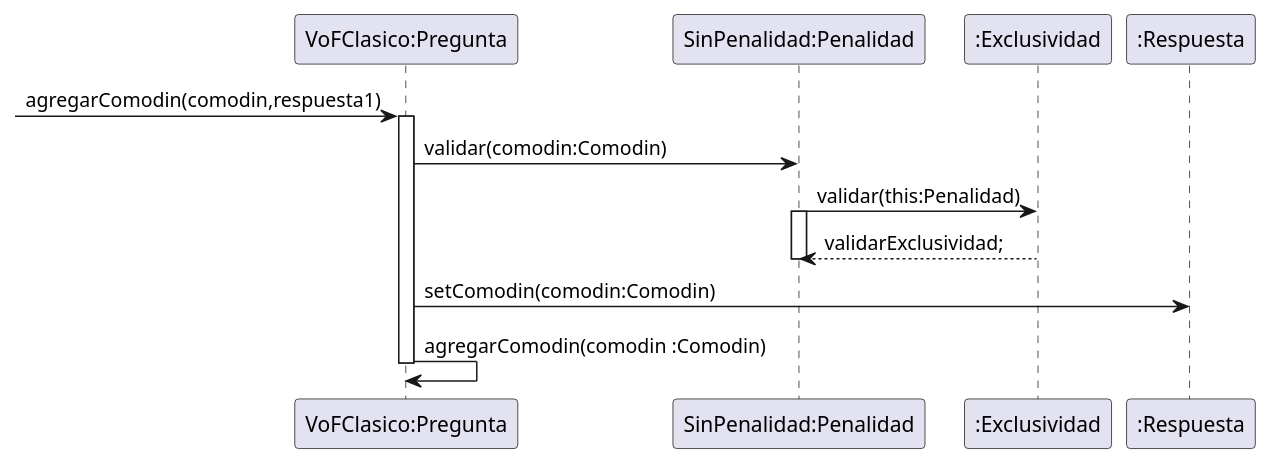
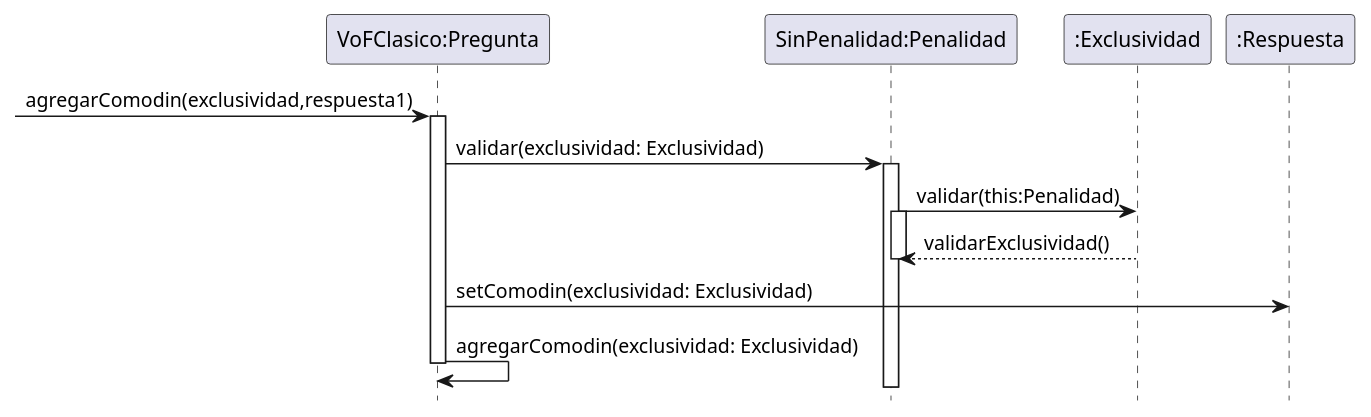
One commit to Alex1161/TP2 changed the diagram in src/main/java/edu/fiuba/algo3/Diagramas/puml/DsComodin/DSComodin3.puml. Above: the diagram before and after it, drawn with PlantUML. The commit also changed 6 other files, not shown here.

```diff
--- a/src/main/java/edu/fiuba/algo3/Diagramas/puml/DsComodin/DSComodin3.puml
+++ b/src/main/java/edu/fiuba/algo3/Diagramas/puml/DsComodin/DSComodin3.puml
@@ -1,13 +1,14 @@
 @startuml
-[->"VoFClasico:Pregunta":agregarComodin(comodin,respuesta1)
+hide footbox
+[->"VoFClasico:Pregunta":agregarComodin(exclusividad,respuesta1)
 activate "VoFClasico:Pregunta"
-"VoFClasico:Pregunta" -> "SinPenalidad:Penalidad":validar(comodin:Comodin)
+"VoFClasico:Pregunta" -> "SinPenalidad:Penalidad" ++:validar(exclusividad: Exclusividad)
 "SinPenalidad:Penalidad"->":Exclusividad":validar(this:Penalidad)
 activate "SinPenalidad:Penalidad"
-":Exclusividad"-->"SinPenalidad:Penalidad":validarExclusividad;
+":Exclusividad"-->"SinPenalidad:Penalidad":validarExclusividad()
  deactivate "SinPenalidad:Penalidad"
- "VoFClasico:Pregunta"->":Respuesta":setComodin(comodin:Comodin)
-"VoFClasico:Pregunta" ->"VoFClasico:Pregunta" :agregarComodin(comodin :Comodin)
+ "VoFClasico:Pregunta"->":Respuesta":setComodin(exclusividad: Exclusividad)
+"VoFClasico:Pregunta" ->"VoFClasico:Pregunta" :agregarComodin(exclusividad: Exclusividad)
 deactivate "VoFClasico:Pregunta"
 
 @enduml
```
